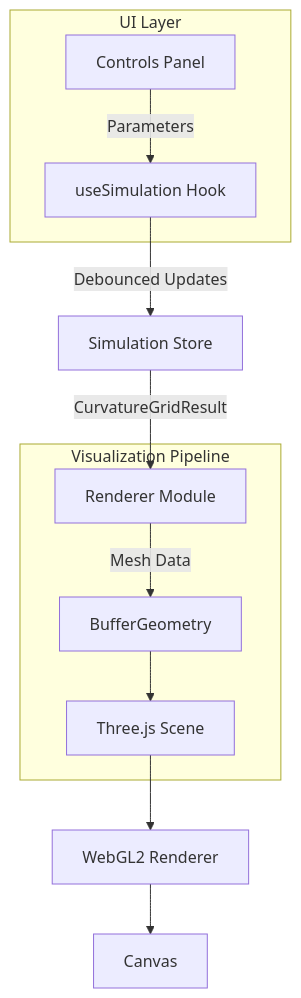
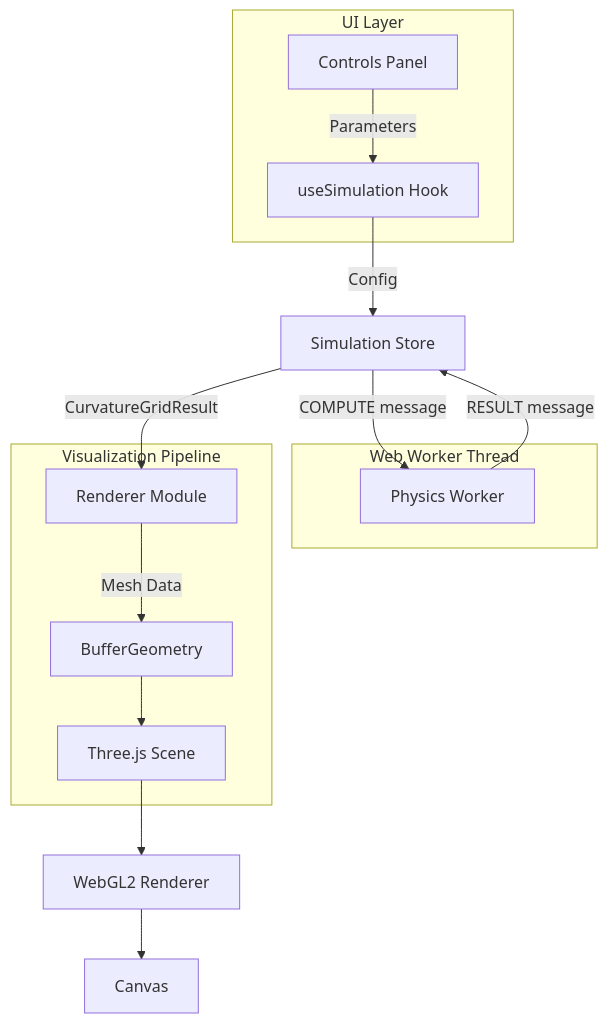
The third of 5 diagrams in README.md (AgentFoundryExamples/spacetime-visualizer), drawn with Mermaid before and after one commit. The commit also changed other lines of this file and 2 other files, not shown here.

````diff
--- a/README.md
+++ b/README.md
@@ -363,22 +368,27 @@
 ```mermaid
 graph TD
-    A[Simulation Store] -->|CurvatureGridResult| B[Renderer Module]
+    G[Controls Panel] -->|Parameters| H[useSimulation Hook]
+    H -->|Config| I[Simulation Store]
+    I -->|COMPUTE message| J[Physics Worker]
+    J -->|RESULT message| I
+    I -->|CurvatureGridResult| B[Renderer Module]
     B -->|Mesh Data| C[BufferGeometry]
     C --> D[Three.js Scene]
     D --> E[WebGL2 Renderer]
     E --> F[Canvas]
     
-    G[Controls Panel] -->|Parameters| H[useSimulation Hook]
-    H -->|Debounced Updates| A
+    subgraph "Web Worker Thread"
+        J
+    end
     
     subgraph "Visualization Pipeline"
         B
         C
         D
     end
     
     subgraph "UI Layer"
         G
         H
     end
 ```
````
